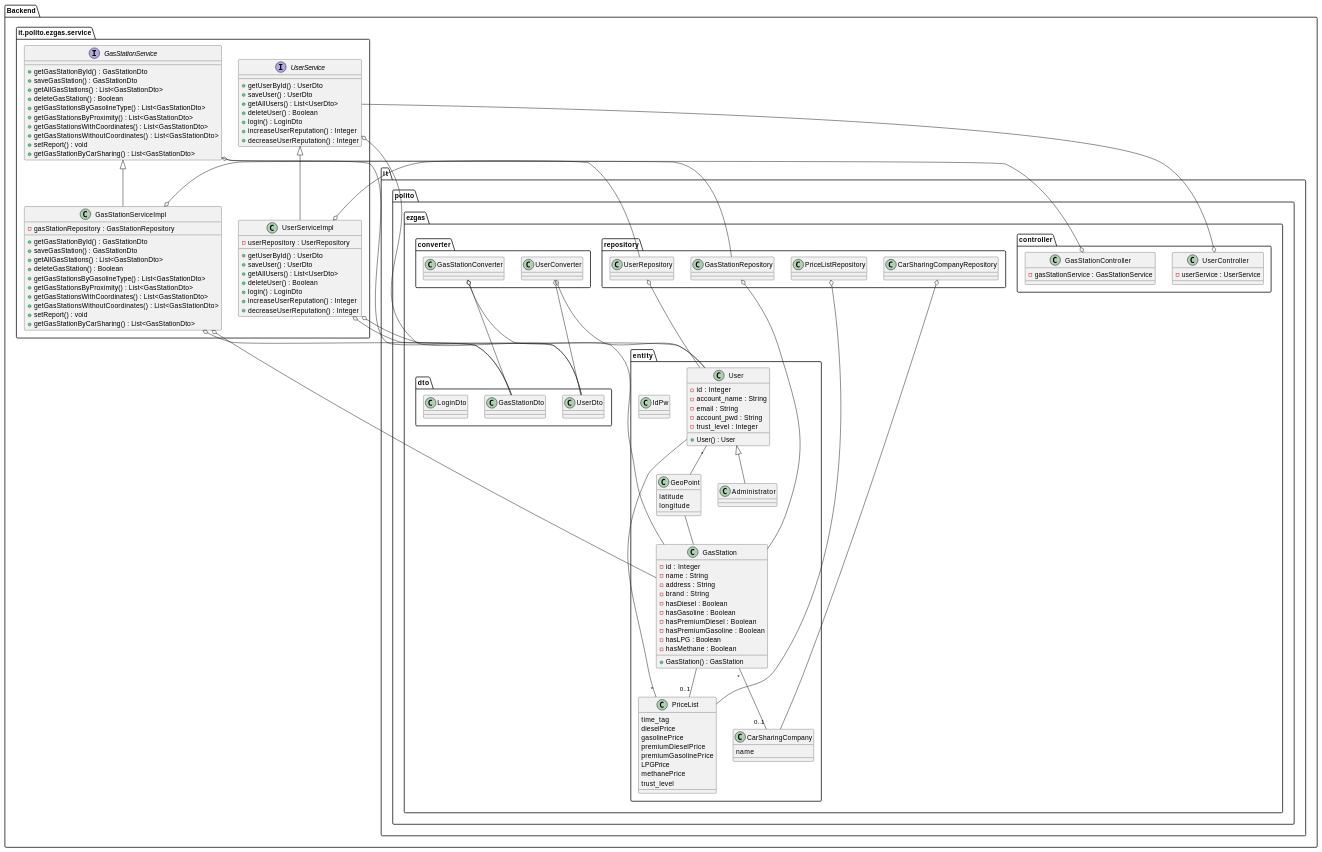
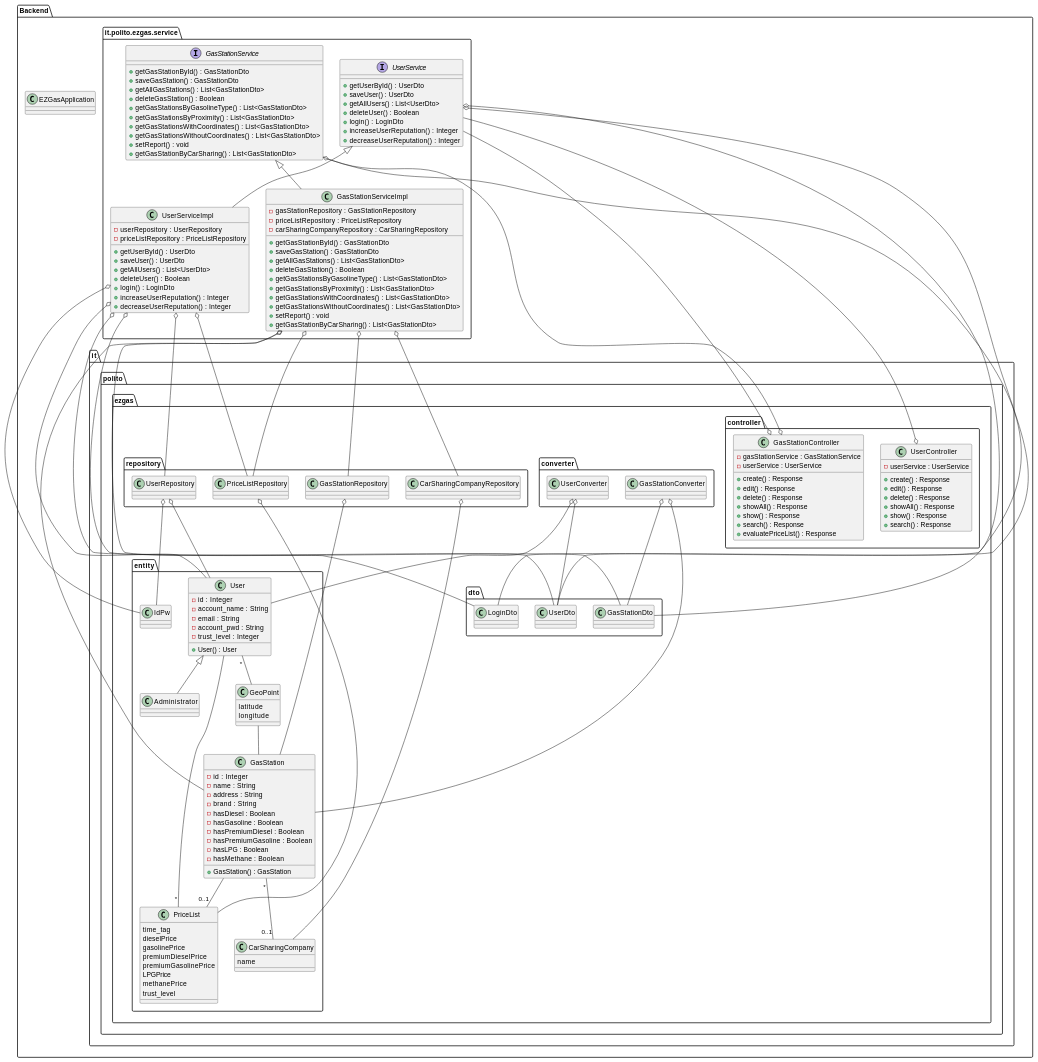
Before and after one commit to lucarinelli/ezgas: the fourth of 4 diagrams in docs/DesignDocument.md, drawn with PlantUML.

Commit message:
docs: WIP class diagram, controllers methods + links and some attributes

````diff
--- a/docs/DesignDocument.md
+++ b/docs/DesignDocument.md
@@ -225,6 +225,8 @@
 ```plantuml
 @startuml
 package "Backend" {
+
+    class EZGasApplication
 
     package "it.polito.ezgas.service"  as ps {
         interface GasStationService {
@@ -252,6 +254,8 @@
         
         class GasStationServiceImpl{
             -gasStationRepository : GasStationRepository
+            -priceListRepository : PriceListRepository
+            -carSharingCompanyRepository : CarSharingRepository
             +getGasStationById() : GasStationDto
             +saveGasStation() : GasStationDto
             +getAllGasStations() : List<GasStationDto>
@@ -266,6 +270,7 @@
         
         class UserServiceImpl{
             -userRepository : UserRepository
+            -priceListRepository : PriceListRepository
             +getUserById() : UserDto
             +saveUser() : UserDto
             +getAllUsers() : List<UserDto>
@@ -280,9 +285,24 @@
     package "it.polito.ezgas.controller" {
         class GasStationController{
             -gasStationService : GasStationService
+            -userService : UserService
+            +create() : Response
+            +edit() : Response
+            +delete() : Response
+            +showAll() : Response
+            +show() : Response
+            +search() : Response
+            +evaluatePriceList() : Response
+            
         }
         class UserController{
             -userService : UserService
+            +create() : Response
+            +edit() : Response
+            +delete() : Response
+            +showAll() : Response
+            +show() : Response
+            +search() : Response
         }
     }
     
@@ -374,9 +394,13 @@
 UserService <|-- UserServiceImpl
 GasStationService <|-- GasStationServiceImpl
 GasStationController o-- GasStationService
+GasStationController o-- UserService
 UserController o-- UserService
 UserServiceImpl o-- UserRepository
+UserServiceImpl o-- PriceListRepository
 GasStationServiceImpl o-- GasStationRepository
+GasStationServiceImpl o-- PriceListRepository
+GasStationServiceImpl o-- CarSharingCompanyRepository
 
 UserConverter o-- UserDto
 UserConverter o-- User
@@ -386,8 +410,12 @@
 
 UserService o-- UserDto
 UserServiceImpl o-- UserDto
+UserService o-- LoginDto
+UserServiceImpl o-- LoginDto
 UserServiceImpl o-- User
 UserRepository o-- User
+UserServiceImpl o-- IdPw
+UserRepository o-- IdPw
 
 GasStationService o-- GasStationDto
 GasStationServiceImpl o-- GasStationDto
````
